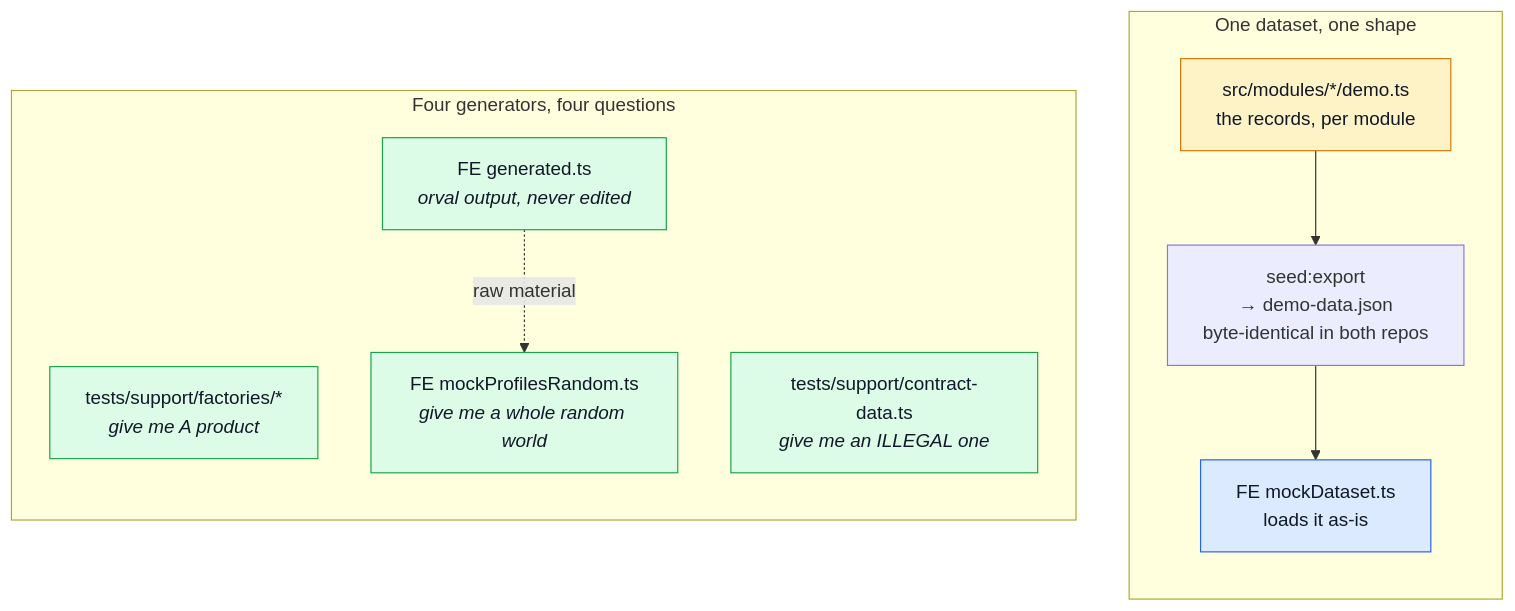
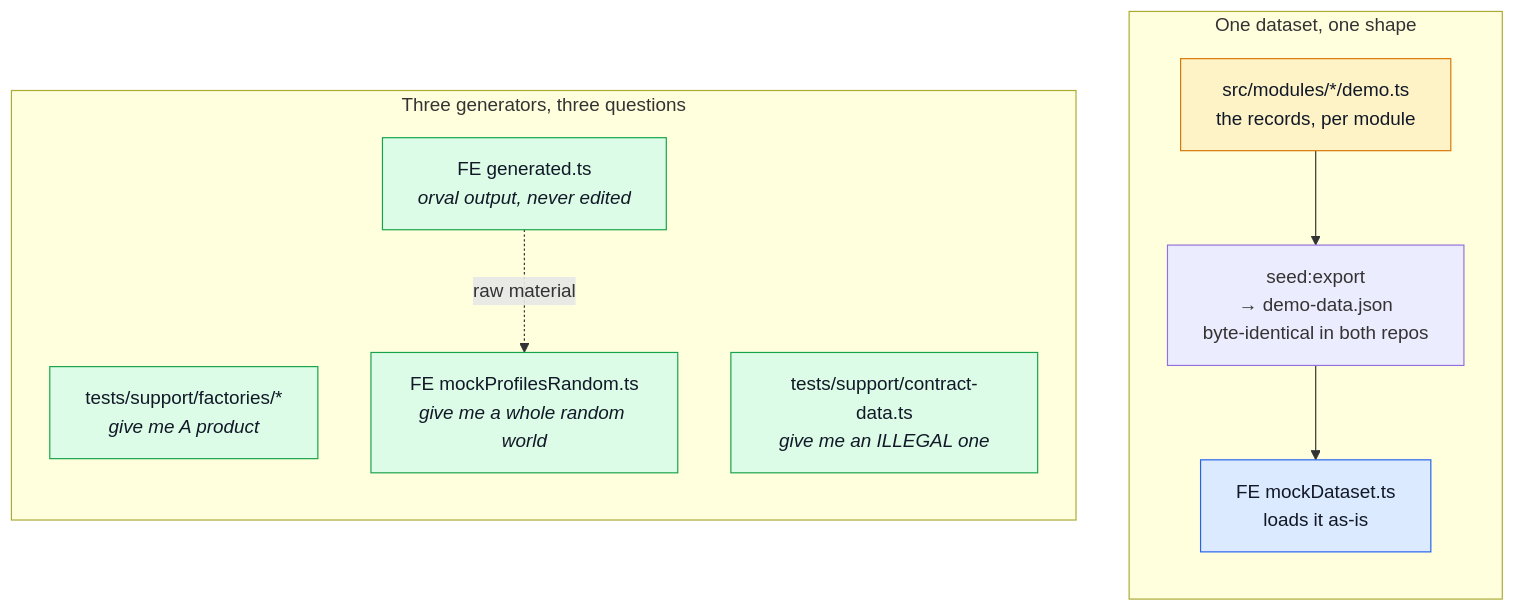
Before and after one commit to Guebbit/boilerplate-node-backend: the second of 3 diagrams in docs/tools/testing-and-docs.md, drawn with Mermaid. The commit also changed other lines of this file and 47 other files, not shown here.

First line of the commit message:
docs(contract): declare the refund flow the API already served

````diff
--- a/docs/tools/testing-and-docs.md
+++ b/docs/tools/testing-and-docs.md
@@ -90,27 +90,27 @@
 ```mermaid
 %%{init: {'flowchart': {'nodeSpacing': 45, 'rankSpacing': 55}}}%%
 flowchart TB
     subgraph one["One dataset, one shape"]
         direction TB
         Seed["src/modules/*/demo.ts<br/>the records, per module"]
         Seed --> Export["seed:export<br/>→ demo-data.json<br/>byte-identical in both repos"]
         Export --> FEMap["FE mockDataset.ts<br/>loads it as-is"]
     end
 
-    subgraph four["Four generators, four questions"]
+    subgraph three["Three generators, three questions"]
         direction TB
         Factories["tests/support/factories/*<br/><i>give me A product</i>"]
         ContractData["tests/support/contract-data.ts<br/><i>give me an ILLEGAL one</i>"]
         Random["FE mockProfilesRandom.ts<br/><i>give me a whole random world</i>"]
         Generated["FE generated.ts<br/><i>orval output, never edited</i>"]
     end
 
     Generated -.raw material.-> Random
 
     classDef source fill:#fef3c7,stroke:#d97706,color:#111827;
     classDef mapper fill:#dbeafe,stroke:#2563eb,color:#111827;
     classDef gen fill:#dcfce7,stroke:#16a34a,color:#111827;
     class Seed source;
     class BEMap,FEMap mapper;
     class Factories,ContractData,Random,Generated gen;
 ```
````
